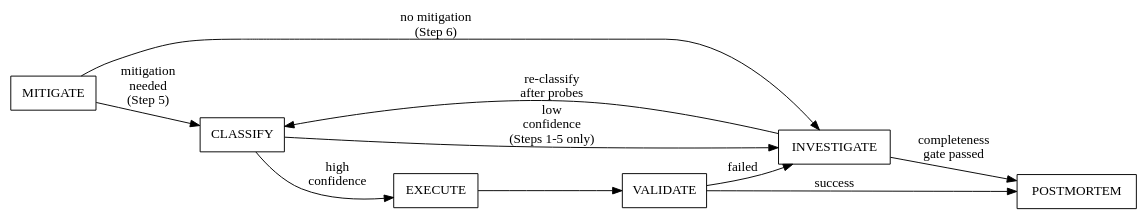
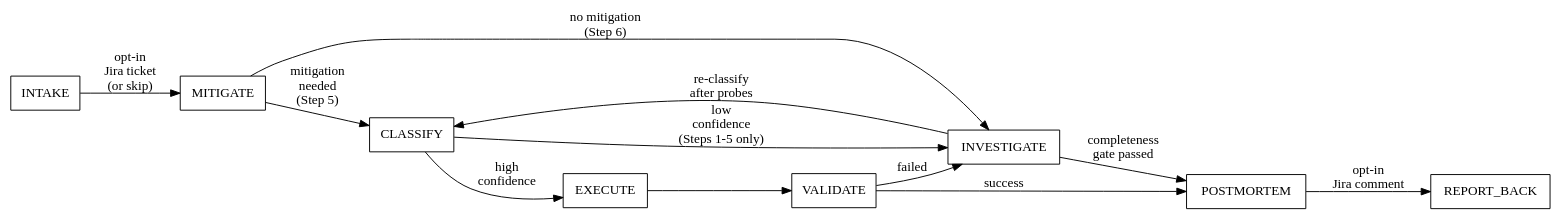
Before and after one commit to dkpapadopoulos/auto-claude-skills: the diagram in skills/incident-analysis/SKILL.md, drawn with Graphviz. The commit also changed other lines of this file and 13 other files, not shown here.

First line of the commit message:
feat: opt-in Jira INTAKE/REPORT-BACK stages for incident-analysis (#69)

````diff
--- a/skills/incident-analysis/SKILL.md
+++ b/skills/incident-analysis/SKILL.md
@@ -12,15 +12,17 @@
 ```dot
 digraph stages {
     rankdir=LR;
     node [shape=box];
+    INTAKE -> MITIGATE [label="opt-in\nJira ticket\n(or skip)"];
     MITIGATE -> CLASSIFY [label="mitigation\nneeded\n(Step 5)"];
     MITIGATE -> INVESTIGATE [label="no mitigation\n(Step 6)"];
     CLASSIFY -> EXECUTE [label="high\nconfidence"];
     CLASSIFY -> INVESTIGATE [label="low\nconfidence\n(Steps 1-5 only)"];
     INVESTIGATE -> CLASSIFY [label="re-classify\nafter probes"];
     INVESTIGATE -> POSTMORTEM [label="completeness\ngate passed"];
     EXECUTE -> VALIDATE;
     VALIDATE -> POSTMORTEM [label="success"];
     VALIDATE -> INVESTIGATE [label="failed"];
+    POSTMORTEM -> REPORT_BACK [label="opt-in\nJira comment"];
 }
 ```
````
